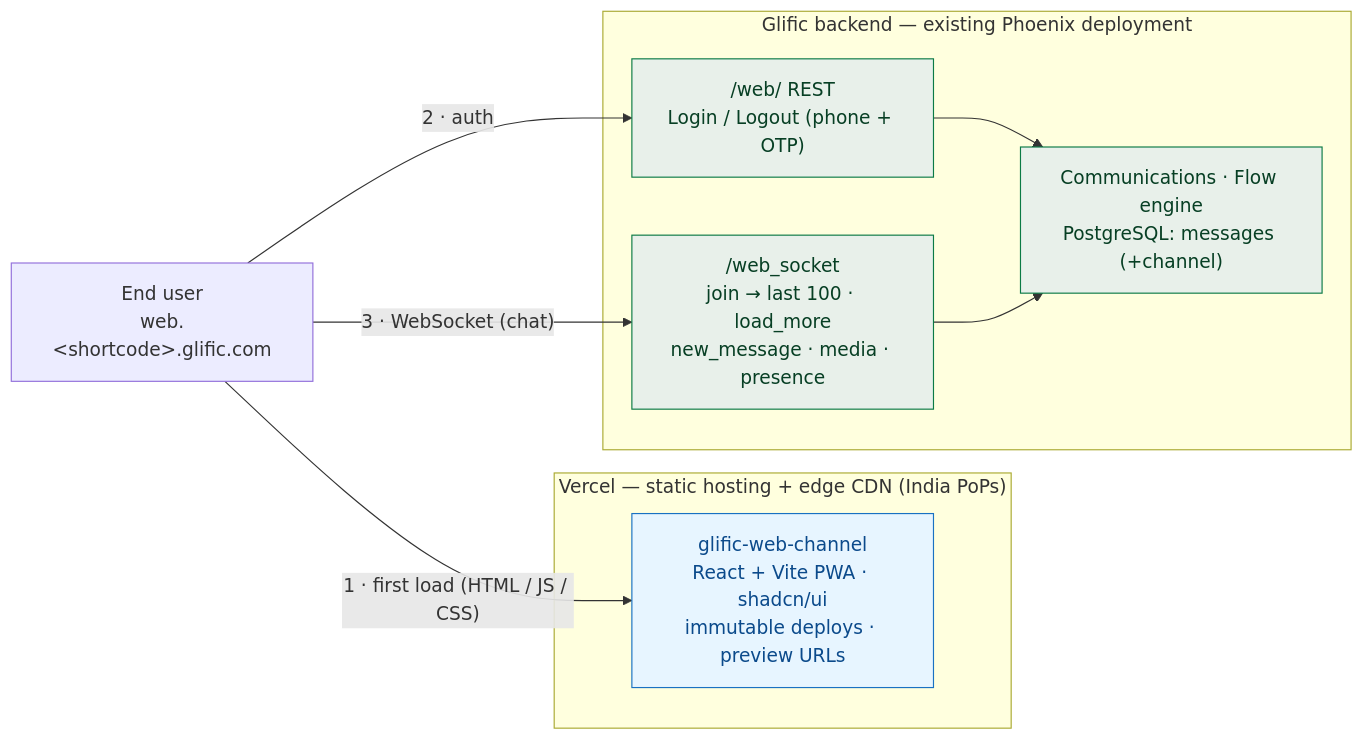
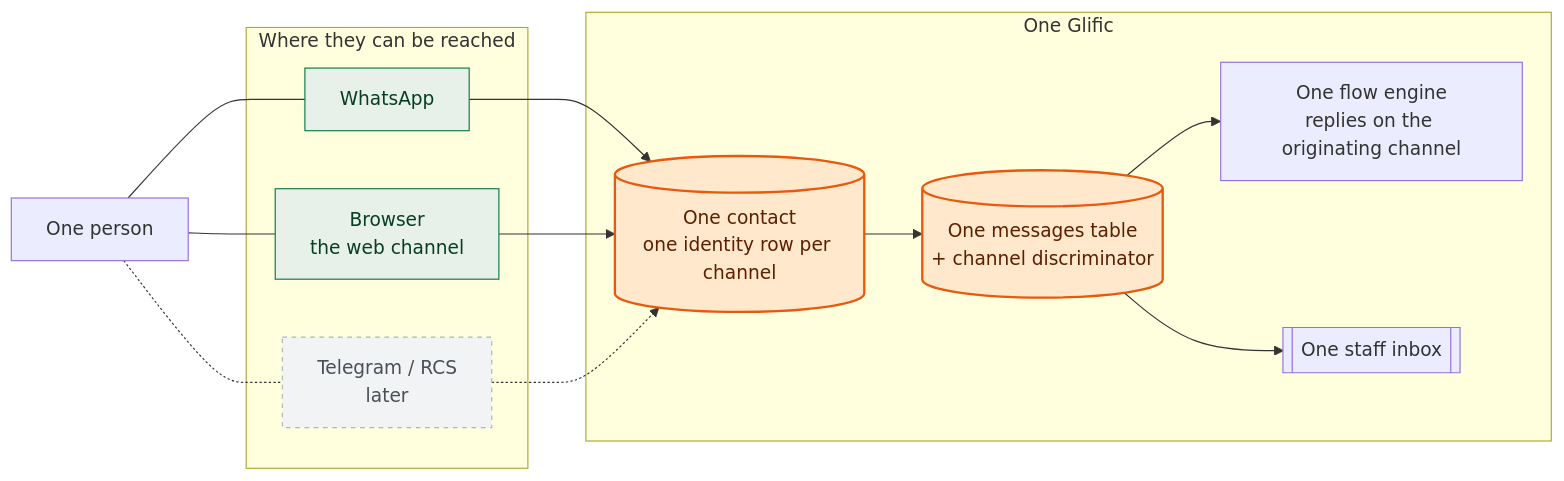
Before and after one commit to glific/glific: the first of 4 diagrams in plans/web-channel/tech-design.md, drawn with Mermaid. The commit also changed other lines of this file, not shown here.

First line of the commit message:
docs(web-channel): restructure tech design as omnichannel design

````diff
--- a/plans/web-channel/tech-design.md
+++ b/plans/web-channel/tech-design.md
@@ -26,25 +69,33 @@
 ```mermaid
 flowchart LR
-  U["End user<br/>web.&lt;shortcode&gt;.glific.com"]
+  P["One person"]
 
-  subgraph V["Vercel — static hosting + edge CDN (India PoPs)"]
-    ASSETS["glific-web-channel<br/>React + Vite PWA · shadcn/ui<br/>immutable deploys · preview URLs"]
+  subgraph CH["Where they can be reached"]
+    W["WhatsApp"]
+    B["Browser<br/>the web channel"]
+    T["Telegram / RCS<br/>later"]
   end
 
-  subgraph G["Glific backend — existing Phoenix deployment"]
-    REST["/web/ REST<br/>Login / Logout (phone + OTP)"]
-    WS["/web_socket<br/>join → last 100 · load_more<br/>new_message · media · presence"]
-    CORE["Communications · Flow engine<br/>PostgreSQL: messages (+channel)"]
+  subgraph GL["One Glific"]
+    C[("One contact<br/>one identity row per channel")]
+    M[("One messages table<br/>+ channel discriminator")]
+    F["One flow engine<br/>replies on the originating channel"]
+    I[["One staff inbox"]]
   end
 
-  U -->|"1 · first load (HTML / JS / CSS)"| ASSETS
-  U -->|"2 · auth"| REST
-  U -->|"3 · WebSocket (chat)"| WS
-  REST --> CORE
-  WS --> CORE
+  P --- W
+  P --- B
+  P -.- T
+  W --> C
+  B --> C
+  T -.-> C
+  C --> M --> F
+  M --> I
 
-  classDef vercel fill:#e7f5ff,stroke:#1971c2,color:#0b4a8b
-  classDef back fill:#e8f0ea,stroke:#0b7a45,color:#073f24
-  class ASSETS vercel
-  class REST,WS,CORE back
+  classDef now fill:#e8f0ea,stroke:#0b7a45,color:#073f24
+  classDef later fill:#f1f3f5,stroke:#adb5bd,stroke-dasharray:4,color:#495057
+  classDef core fill:#ffe8cc,stroke:#e8590c,stroke-width:2px,color:#5c2000
+  class W,B now
+  class T later
+  class C,M core
 ```
````
